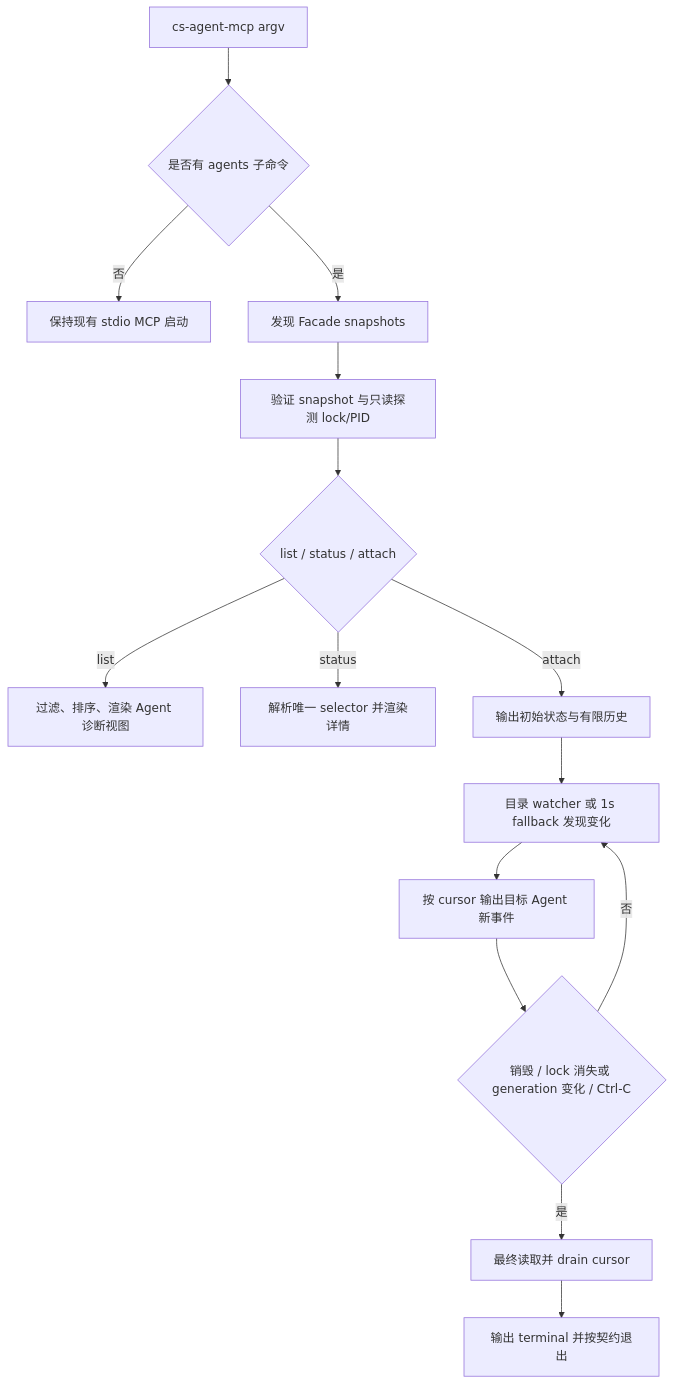
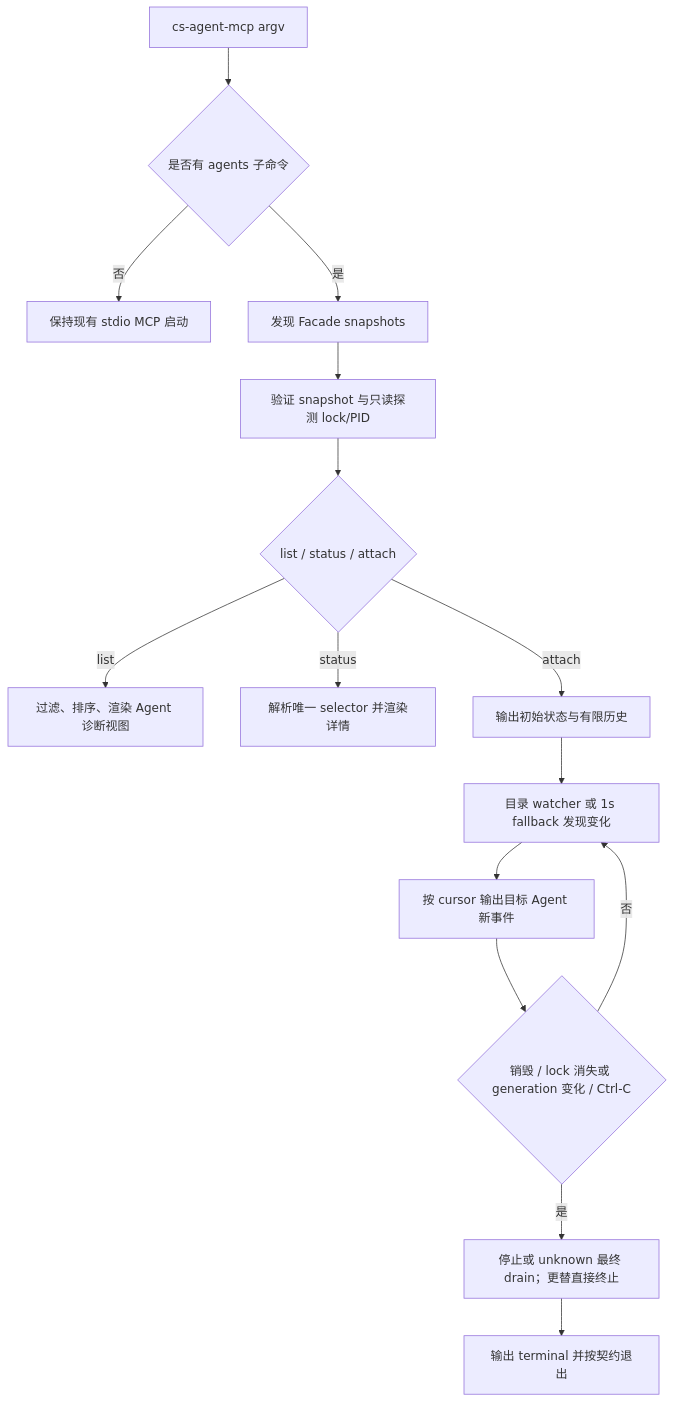
One commit to codestable/cs-agent-mcp changed the diagram in .codestable/features/2026-07-17-agent-runtime-diagnostics/agent-runtime-diagnostics-design.md. Above: the diagram before and after it, drawn with Mermaid. The commit also changed other lines of this file and 4 other files, not shown here.

````diff
--- a/.codestable/features/2026-07-17-agent-runtime-diagnostics/agent-runtime-diagnostics-design.md
+++ b/.codestable/features/2026-07-17-agent-runtime-diagnostics/agent-runtime-diagnostics-design.md
@@ -258,17 +259,17 @@
 ```mermaid
 flowchart TD
   A[cs-agent-mcp argv] --> B{是否有 agents 子命令}
   B -- 否 --> C[保持现有 stdio MCP 启动]
   B -- 是 --> D[发现 Facade snapshots]
   D --> E[验证 snapshot 与只读探测 lock/PID]
   E --> F{list / status / attach}
   F -- list --> G[过滤、排序、渲染 Agent 诊断视图]
   F -- status --> H[解析唯一 selector 并渲染详情]
   F -- attach --> I[输出初始状态与有限历史]
   I --> J[目录 watcher 或 1s fallback 发现变化]
   J --> K[按 cursor 输出目标 Agent 新事件]
   K --> L{销毁 / lock 消失或 generation 变化 / Ctrl-C}
   L -- 否 --> J
-  L -- 是 --> M[最终读取并 drain cursor]
+  L -- 是 --> M[停止或 unknown 最终 drain；更替直接终止]
   M --> N[输出 terminal 并按契约退出]
 ```
````
